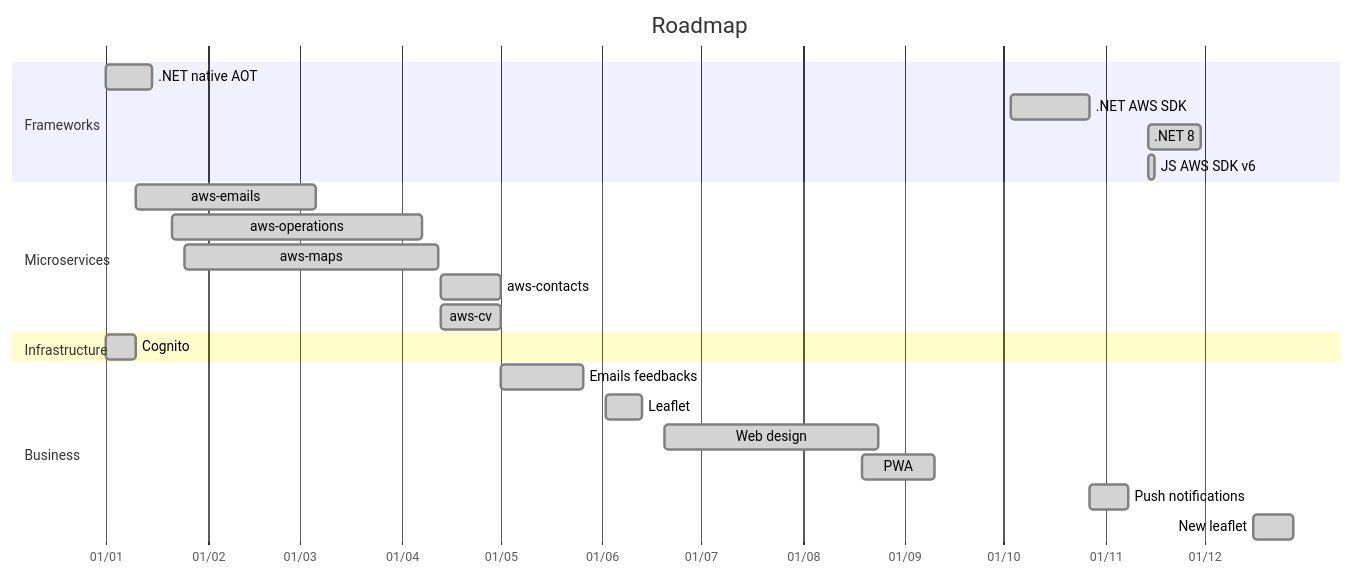
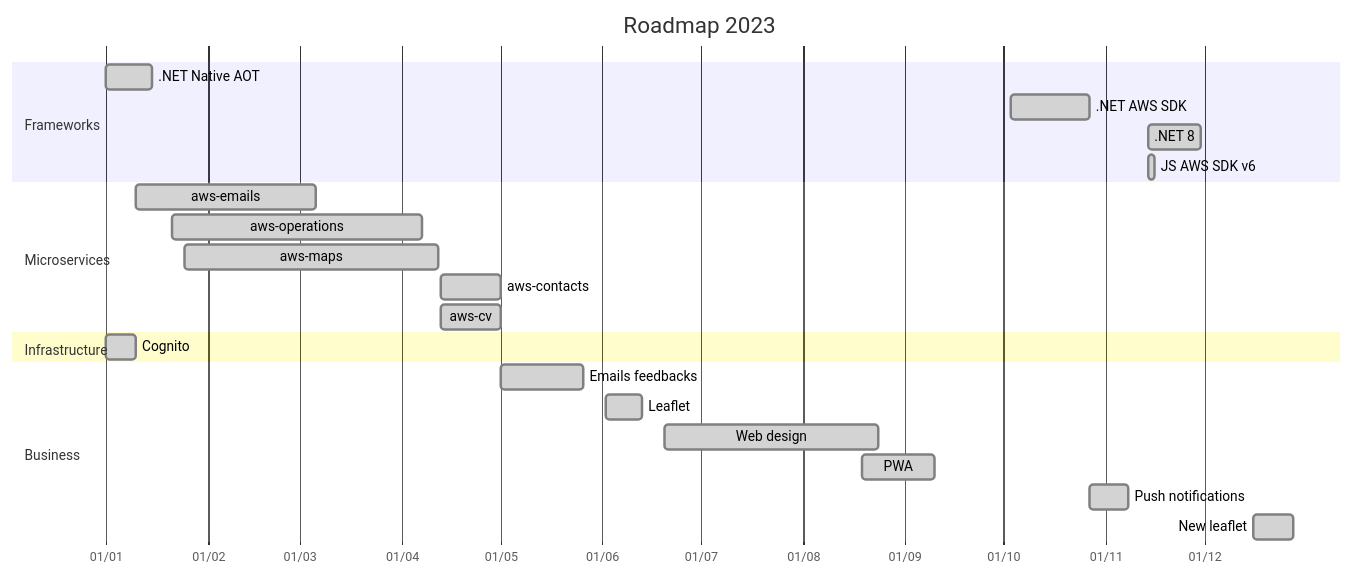
One commit to amilochau/amilochau changed the second of 3 diagrams in docs/roadmap.md. Above: the diagram before and after it, drawn with Mermaid. The commit also changed other lines of this file, not shown here.

Commit message:
Update roadmap with more 2024 items

````diff
--- a/docs/roadmap.md
+++ b/docs/roadmap.md
@@ -61,30 +90,30 @@
 ```mermaid
 gantt
-  title Roadmap
+  title Roadmap 2023
   dateFormat YYYY-MM-DD
   axisFormat %d/%m
 
   section Frameworks
-  .NET native AOT   : done,       aot,         2023-01-01,               2023-01-15
+  .NET Native AOT   : done,       aot,         2023-01-01,               2023-01-15
   .NET AWS SDK      : done,       aws,         2023-10-03,               2023-10-27
   .NET 8            : done,       net8,        2023-11-14,               2023-11-30
   JS AWS SDK v6     : done,       aws-js,      2023-11-14,               2023-11-16
 
   section Microservices
   aws-emails        : done,       emails,      2023-01-10,               2023-03-06
   aws-operations    : done,       operations,  2023-01-21,               2023-04-07
   aws-maps          : done,       maps,        2023-01-25,               2023-04-12
   aws-contacts      : done,       contacts,    2023-04-13,               2023-05-01
   aws-cv            : done,       cv,          2023-04-13,               2023-05-01
 
   section Infrastructure
   Cognito           : done,       cognito,     2023-01-01,               2023-01-10
   
   section Business
   Emails feedbacks  : done,       feedbacks,   2023-05-01,               2023-05-26
   Leaflet           : done,       leaflet,     2023-06-02,               2023-06-13
   Web design        : done,       design,      2023-06-20,               2023-08-24
   PWA               : done,       pwa,         2023-08-19,               2023-09-10
   Push notifications: done,       push,        2023-10-27,               2023-11-08
   New leaflet       : done,       new-leaflet, 2023-12-16,               2023-12-28
 ```
````
